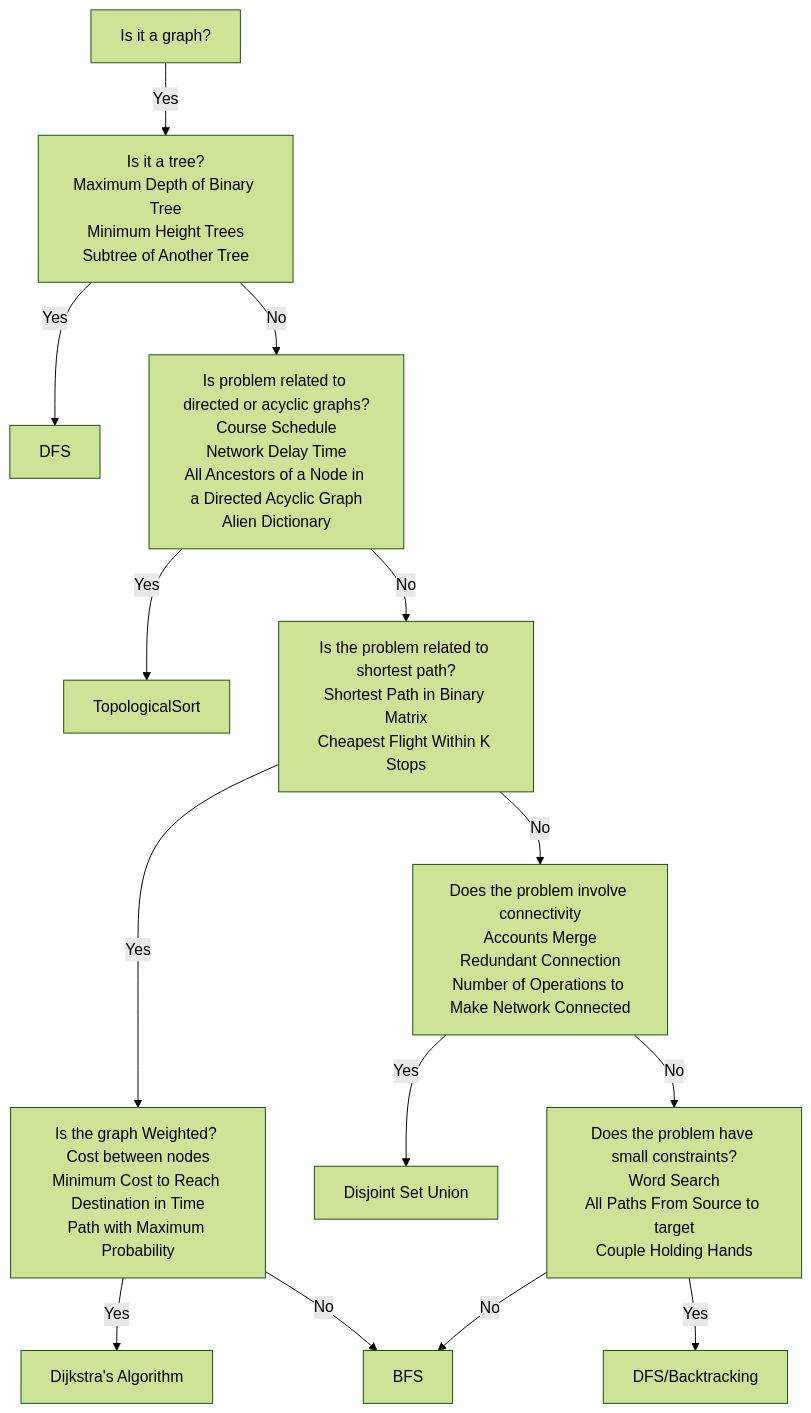
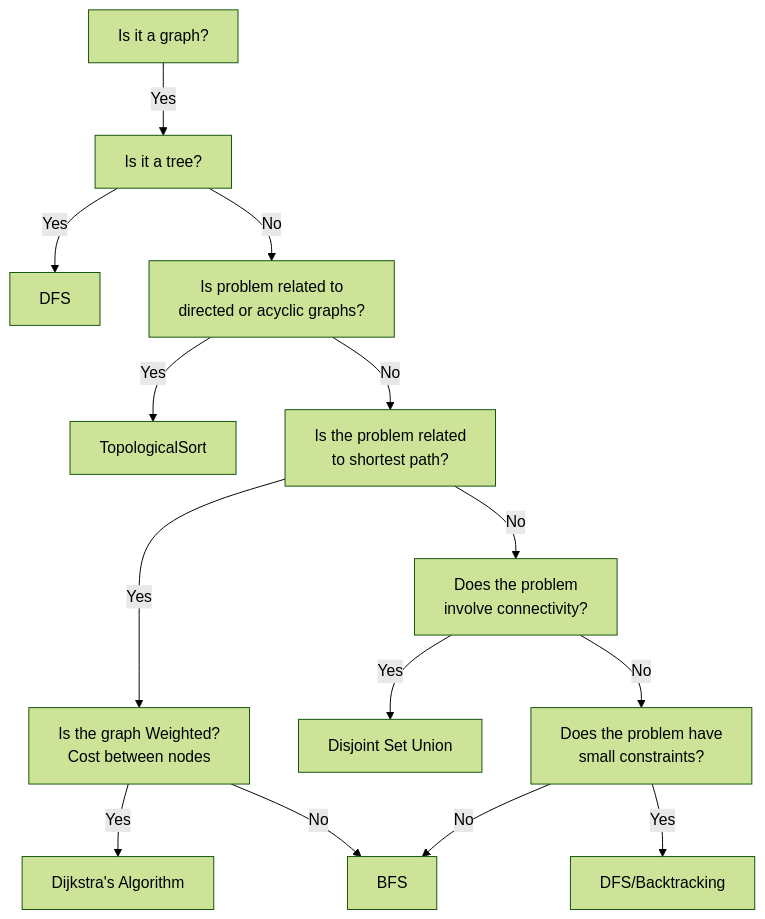
Before and after one commit to G1ukb/Sandbox_v2: the first of 2 diagrams in Leetcode/education/Algorithms.md, drawn with Mermaid (forest theme). The commit also changed other lines of this file, not shown here.

Commit message:
- Fixed mermaid chart v2

````diff
--- a/Leetcode/education/Algorithms.md
+++ b/Leetcode/education/Algorithms.md
@@ -8,44 +8,32 @@
 ```mermaid
 flowchart TD
     isGraph[Is it a graph?] -->|Yes| IsTree
     IsTree -->|Yes| DFS
     IsTree -->|No| isAcyclicGraphs
     isAcyclicGraphs -->|Yes| TopologicalSort
     isAcyclicGraphs -->|No| isShortestPathProblem
     isShortestPathProblem -->|Yes| isWeighed
     isWeighed -->|Yes| Dijkstra[Dijkstra's Algorithm]
     isWeighed -->|No| BFS
     isShortestPathProblem -->|No| isConnectivity
     isConnectivity -->|Yes| Disjoint[Disjoint Set Union]
     isConnectivity -->|No| isBruteForce
     isBruteForce -->|No| BFS
     isBruteForce -->|Yes| DFS/Backtracking
-    IsTree[Is it a tree?
-Maximum Depth of Binary Tree
-Minimum Height Trees
-Subtree of Another Tree]
+    IsTree[Is it a tree?]
 
-isAcyclicGraphs[Is problem related to directed or acyclic graphs?
-Course Schedule
-Network Delay Time
-All Ancestors of a Node in a Directed Acyclic Graph
-Alien Dictionary]
+isAcyclicGraphs[Is problem related to 
+directed or acyclic graphs?]
 
-isShortestPathProblem[Is the problem related to shortest path?
-Shortest Path in Binary Matrix
-Cheapest Flight Within K Stops]
+isShortestPathProblem[Is the problem related 
+to shortest path?]
 
-isWeighed[Is the graph Weighted? Cost between nodes
-Minimum Cost to Reach Destination in Time
-Path with Maximum Probability]
+isWeighed[Is the graph Weighted? 
+Cost between nodes]
 
-isConnectivity[Does the problem involve connectivity
-Accounts Merge
-Redundant Connection
-Number of Operations to Make Network Connected]
+isConnectivity[Does the problem 
+involve connectivity?]
 
-isBruteForce[Does the problem have small constraints?
-Word Search
-All Paths From Source to target
-Couple Holding Hands]
+isBruteForce[Does the problem have 
+small constraints?]
 ```
````
